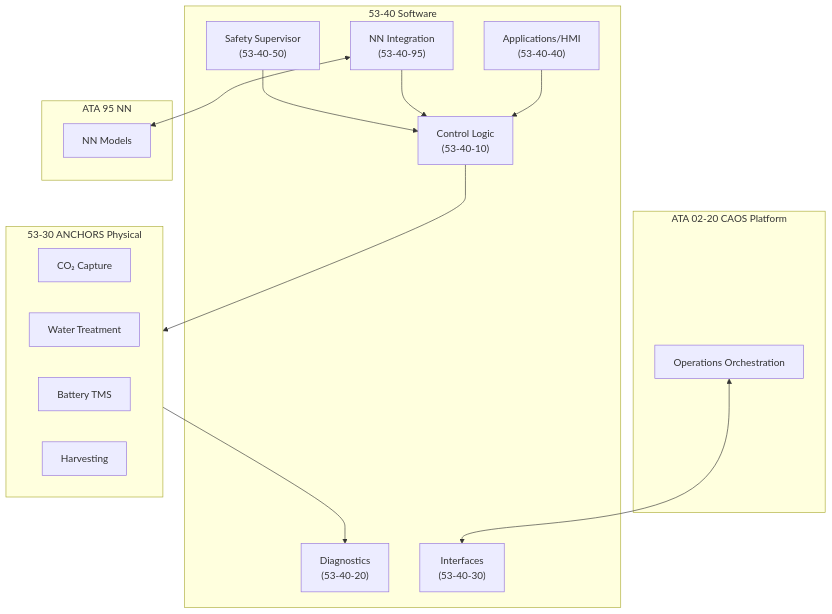
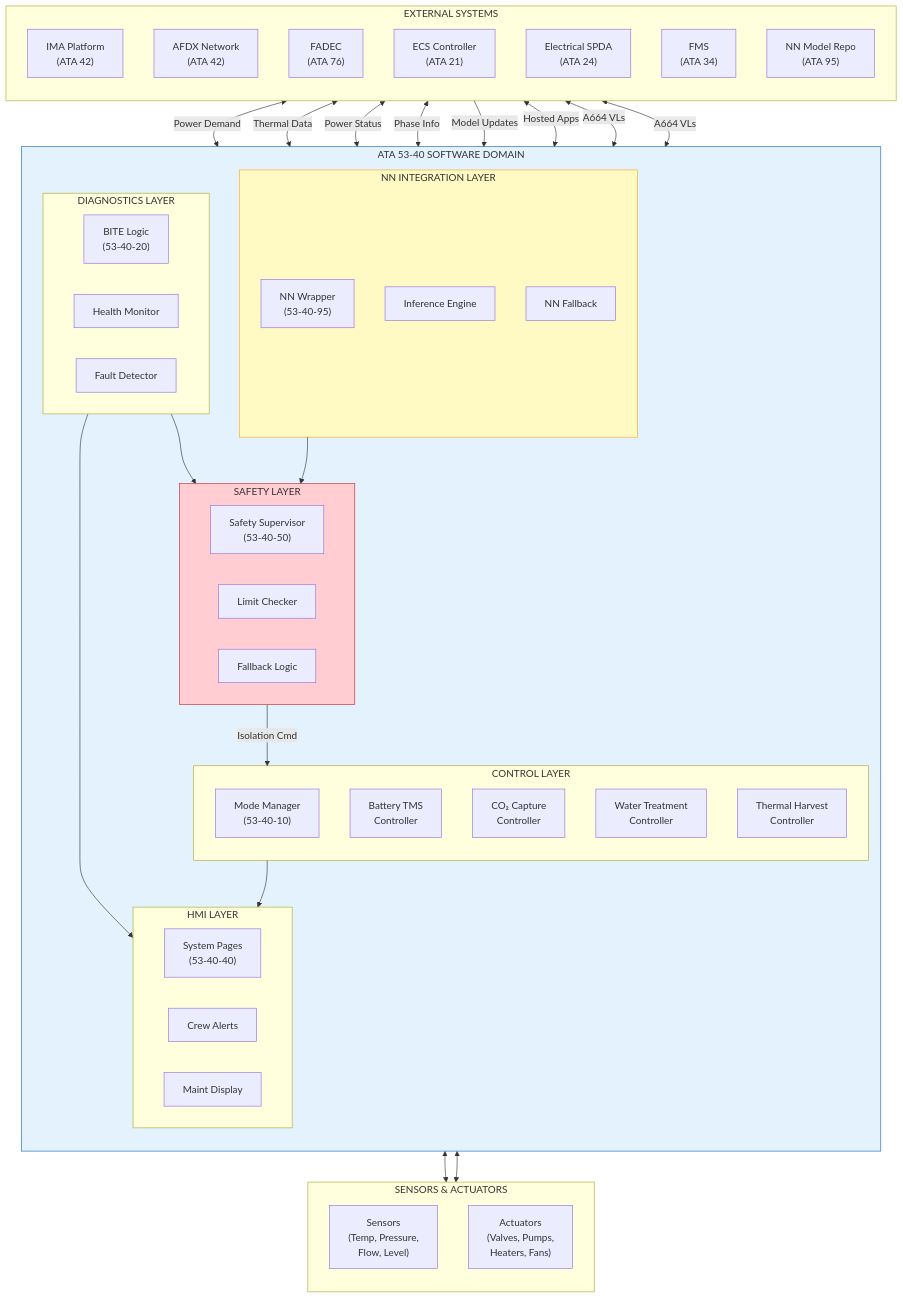
Before and after one commit to AmedeoPelliccia/AMPEL360-BWB-H2-Hy-E: the first of 4 diagrams in OPT-IN_FRAMEWORK/T-TECHNOLOGY_AMEDEOPELLICCIA-ON_BOARD_SYSTEMS/A-AIRFRAME/ATA_53-FUSELAGE/53-40_Software/53-40-00_GENERAL/53-40-00-01_SW_Overview.md, drawn with Mermaid. The commit also changed other lines of this file, not shown here.

````diff
--- a/OPT-IN_FRAMEWORK/T-TECHNOLOGY_AMEDEOPELLICCIA-ON_BOARD_SYSTEMS/A-AIRFRAME/ATA_53-FUSELAGE/53-40_Software/53-40-00_GENERAL/53-40-00-01_SW_Overview.md
+++ b/OPT-IN_FRAMEWORK/T-TECHNOLOGY_AMEDEOPELLICCIA-ON_BOARD_SYSTEMS/A-AIRFRAME/ATA_53-FUSELAGE/53-40_Software/53-40-00_GENERAL/53-40-00-01_SW_Overview.md
@@ -36,34 +77,76 @@
 ```mermaid
 flowchart TB
-    subgraph CAOS["ATA 02-20 CAOS Platform"]
-        OPS["Operations Orchestration"]
+    subgraph EXTERNAL["EXTERNAL SYSTEMS"]
+        direction TB
+        IMA["IMA Platform<br/>(ATA 42)"]
+        AFDX["AFDX Network<br/>(ATA 42)"]
+        FADEC["FADEC<br/>(ATA 76)"]
+        ECS["ECS Controller<br/>(ATA 21)"]
+        ELEC["Electrical SPDA<br/>(ATA 24)"]
+        FMS["FMS<br/>(ATA 34)"]
+        NN_REPO["NN Model Repo<br/>(ATA 95)"]
     end
-
-    subgraph SW53["53-40 Software"]
-        CTRL["Control Logic<br/>(53-40-10)"]
-        DIAG["Diagnostics<br/>(53-40-20)"]
-        IFACE["Interfaces<br/>(53-40-30)"]
-        HMI["Applications/HMI<br/>(53-40-40)"]
-        SAFE["Safety Supervisor<br/>(53-40-50)"]
-        NN["NN Integration<br/>(53-40-95)"]
+    
+    subgraph ATA53_SW["ATA 53-40 SOFTWARE DOMAIN"]
+        direction TB
+        
+        subgraph CTRL["CONTROL LAYER"]
+            MM["Mode Manager<br/>(53-40-10)"]
+            BTC["Battery TMS<br/>Controller"]
+            CO2C["CO₂ Capture<br/>Controller"]
+            WTC["Water Treatment<br/>Controller"]
+            THC["Thermal Harvest<br/>Controller"]
+        end
+        
+        subgraph DIAG["DIAGNOSTICS LAYER"]
+            BITE["BITE Logic<br/>(53-40-20)"]
+            HM["Health Monitor"]
+            FD["Fault Detector"]
+        end
+        
+        subgraph SAFE["SAFETY LAYER"]
+            SS["Safety Supervisor<br/>(53-40-50)"]
+            LIM["Limit Checker"]
+            FB["Fallback Logic"]
+        end
+        
+        subgraph NNI["NN INTEGRATION LAYER"]
+            NNW["NN Wrapper<br/>(53-40-95)"]
+            INF["Inference Engine"]
+            NNFB["NN Fallback"]
+        end
+        
+        subgraph HMI["HMI LAYER"]
+            SYS_PAGE["System Pages<br/>(53-40-40)"]
+            ALERT["Crew Alerts"]
+            MAINT["Maint Display"]
+        end
     end
-
-    subgraph PLANT["53-30 ANCHORS Physical"]
-        CO2["CO₂ Capture"]
-        H2O["Water Treatment"]
-        BAT["Battery TMS"]
-        HARV["Harvesting"]
+    
+    subgraph SENSORS["SENSORS & ACTUATORS"]
+        direction TB
+        SENS["Sensors<br/>(Temp, Pressure,<br/>Flow, Level)"]
+        ACT["Actuators<br/>(Valves, Pumps,<br/>Heaters, Fans)"]
     end
-
-    subgraph ATA95["ATA 95 NN"]
-        MODELS["NN Models"]
-    end
-
-    OPS <--> IFACE
-    CTRL --> PLANT
-    PLANT --> DIAG
-    SAFE --> CTRL
-    NN <--> MODELS
-    NN --> CTRL
-    HMI --> CTRL
+    
+    IMA <-->|"Hosted Apps"| ATA53_SW
+    AFDX <-->|"A664 VLs"| CTRL
+    AFDX <-->|"A664 VLs"| SAFE
+    FADEC <-->|"Power Demand"| MM
+    ECS <-->|"Thermal Data"| THC
+    ELEC <-->|"Power Status"| BTC
+    FMS <-->|"Phase Info"| MM
+    NN_REPO -->|"Model Updates"| NNW
+    
+    CTRL <--> SENS
+    CTRL <--> ACT
+    DIAG --> SAFE
+    NNI --> SAFE
+    SAFE -->|"Isolation Cmd"| CTRL
+    CTRL --> HMI
+    DIAG --> HMI
+    
+    style ATA53_SW fill:#e3f2fd,stroke:#1565c0
+    style SAFE fill:#ffcdd2,stroke:#c62828
+    style NNI fill:#fff9c4,stroke:#f9a825
 ```
````
